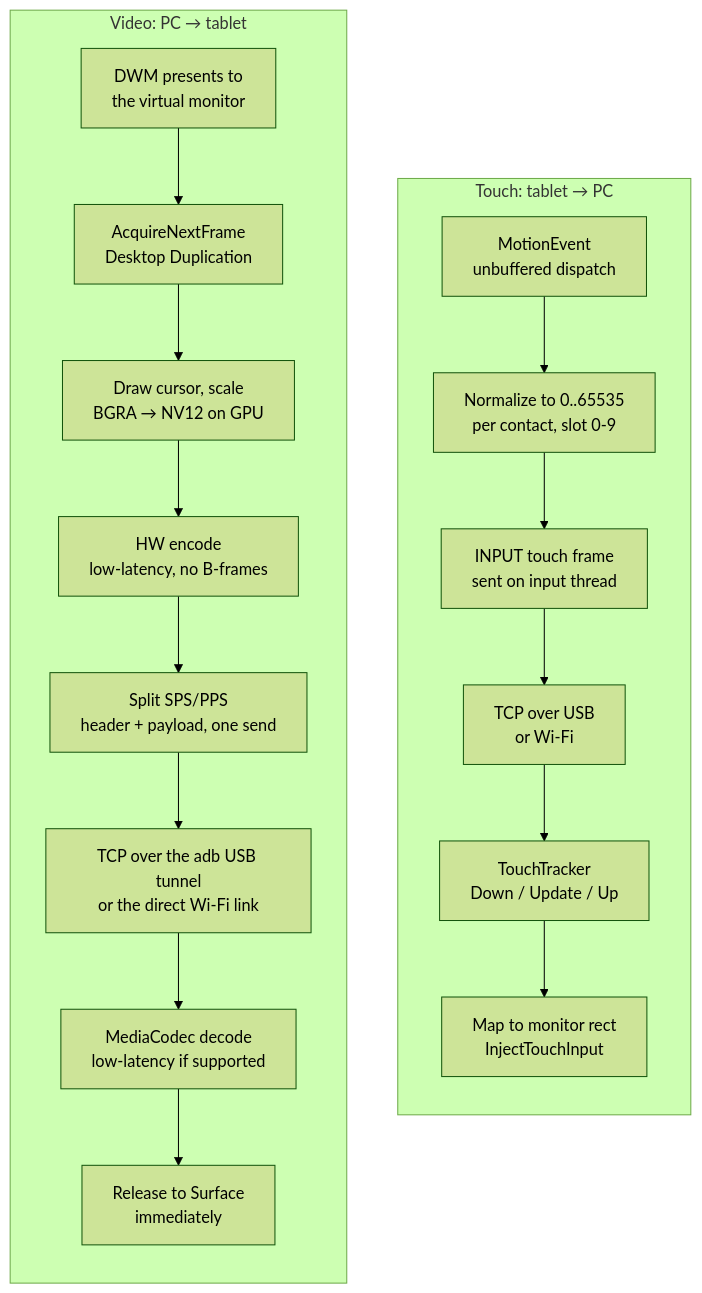
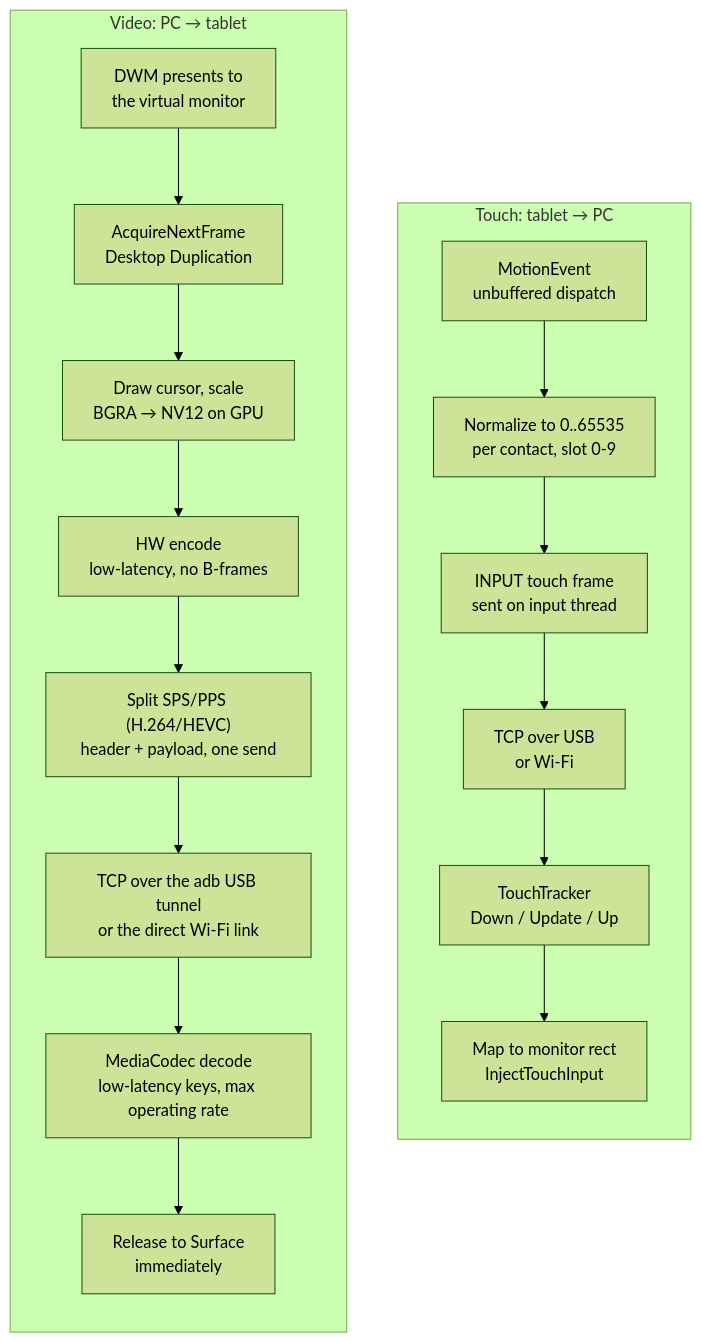
The third of 5 diagrams in README.md (zengarv/DeuxDisplay), drawn with Mermaid (forest theme) before and after one commit. The commit also changed other lines of this file and 3 other files, not shown here.

````diff
--- a/README.md
+++ b/README.md
@@ -143,24 +182,24 @@
 ```mermaid
 flowchart LR
     subgraph Video["Video: PC → tablet"]
         direction TB
         V1["DWM presents to<br/>the virtual monitor"] --> V2["AcquireNextFrame<br/>Desktop Duplication"]
         V2 --> V3["Draw cursor, scale<br/>BGRA → NV12 on GPU"]
         V3 --> V4["HW encode<br/>low-latency, no B-frames"]
-        V4 --> V5["Split SPS/PPS<br/>header + payload, one send"]
+        V4 --> V5["Split SPS/PPS (H.264/HEVC)<br/>header + payload, one send"]
         V5 --> V6["TCP over the adb USB tunnel<br/>or the direct Wi-Fi link"]
-        V6 --> V7["MediaCodec decode<br/>low-latency if supported"]
+        V6 --> V7["MediaCodec decode<br/>low-latency keys, max operating rate"]
         V7 --> V8["Release to Surface<br/>immediately"]
     end
 
     subgraph Touch["Touch: tablet → PC"]
         direction TB
         T1["MotionEvent<br/>unbuffered dispatch"] --> T2["Normalize to 0..65535<br/>per contact, slot 0-9"]
         T2 --> T3["INPUT touch frame<br/>sent on input thread"]
         T3 --> T4["TCP over USB<br/>or Wi-Fi"]
         T4 --> T5["TouchTracker<br/>Down / Update / Up"]
         T5 --> T6["Map to monitor rect<br/>InjectTouchInput"]
     end
 
     Video ~~~ Touch
 ```
````
